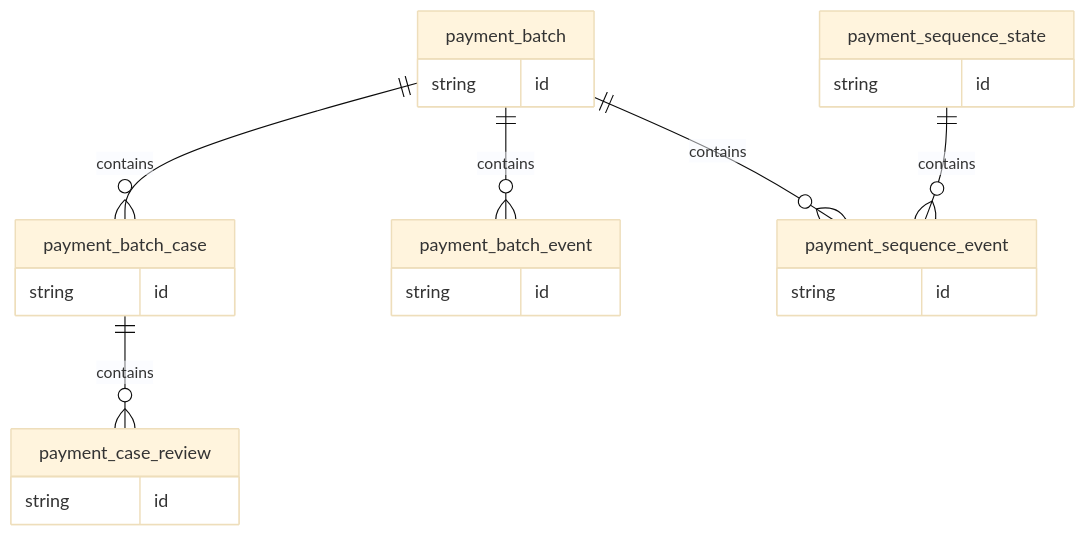
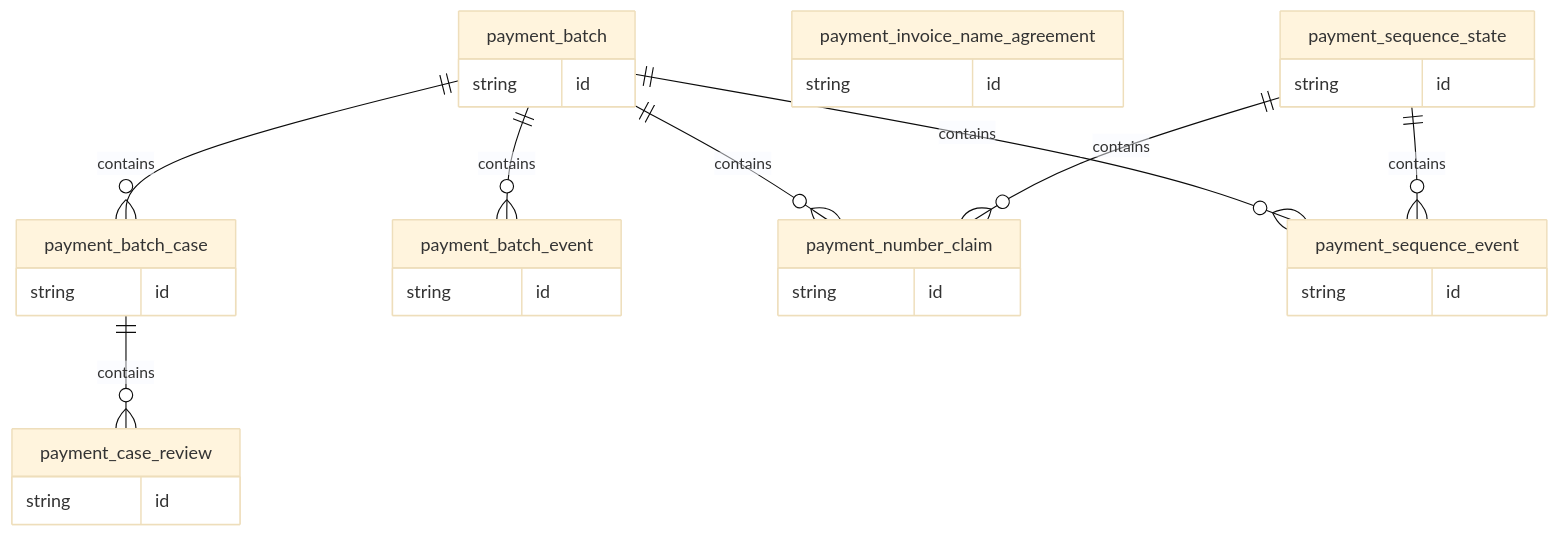
Before and after one commit to bedanavrvm/HB-Biogas-Telegram-Bot: the diagram in docs/database/payments.mmd, drawn with Mermaid (base theme). The commit also changed 57 other files, not shown here.

```diff
--- a/docs/database/payments.mmd
+++ b/docs/database/payments.mmd
@@ -1,24 +1,32 @@
 erDiagram
   payment_batch {
     string id
   }
   payment_batch_case {
     string id
   }
   payment_batch_event {
     string id
   }
   payment_case_review {
     string id
   }
+  payment_invoice_name_agreement {
+    string id
+  }
+  payment_number_claim {
+    string id
+  }
   payment_sequence_event {
     string id
   }
   payment_sequence_state {
     string id
   }
   payment_batch ||--o{ payment_batch_case : contains
   payment_batch ||--o{ payment_batch_event : contains
   payment_batch_case ||--o{ payment_case_review : contains
+  payment_batch ||--o{ payment_number_claim : contains
+  payment_sequence_state ||--o{ payment_number_claim : contains
   payment_batch ||--o{ payment_sequence_event : contains
   payment_sequence_state ||--o{ payment_sequence_event : contains
```
